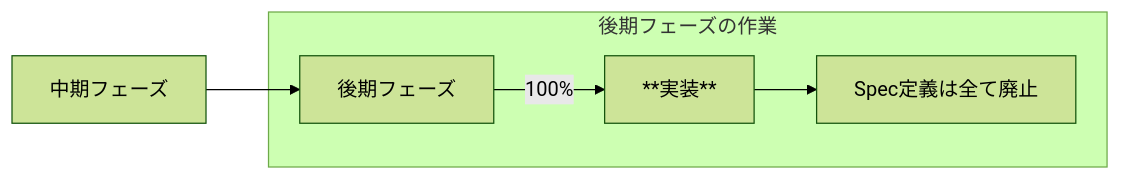
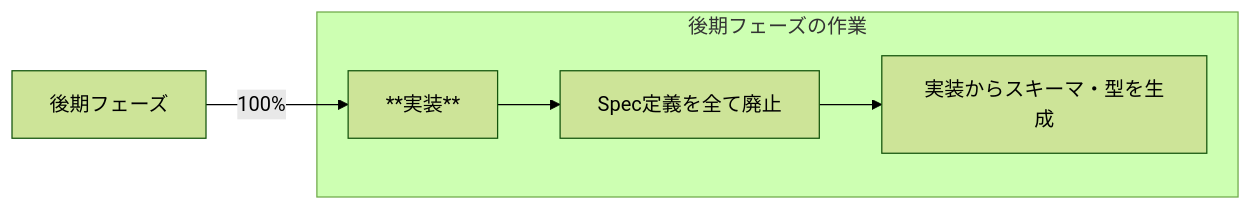
One commit to Hal-Spidernight/slide_tskaigi_hokuriku changed the fourth of 4 diagrams in pages/section5.md. Above: the diagram before and after it, drawn with Mermaid (forest theme). The commit also changed other lines of this file, not shown here.

````diff
--- a/pages/section5.md
+++ b/pages/section5.md
@@ -321,9 +320,9 @@
 ```mermaid {scale:0.6}
 graph LR
- B4[中期フェーズ] --> C[後期フェーズ];
+ B4[後期フェーズ] -- 100% --> C1[**実装**];
 
     subgraph 後期フェーズの作業
-        C -- 100% --> C1[**実装**];
-        C1 --> C2[Spec定義は全て廃止];
+        C1 --> C2[Spec定義を全て廃止];
+        C2 --> C3[実装からスキーマ・型を生成]
     end
 ```
````
